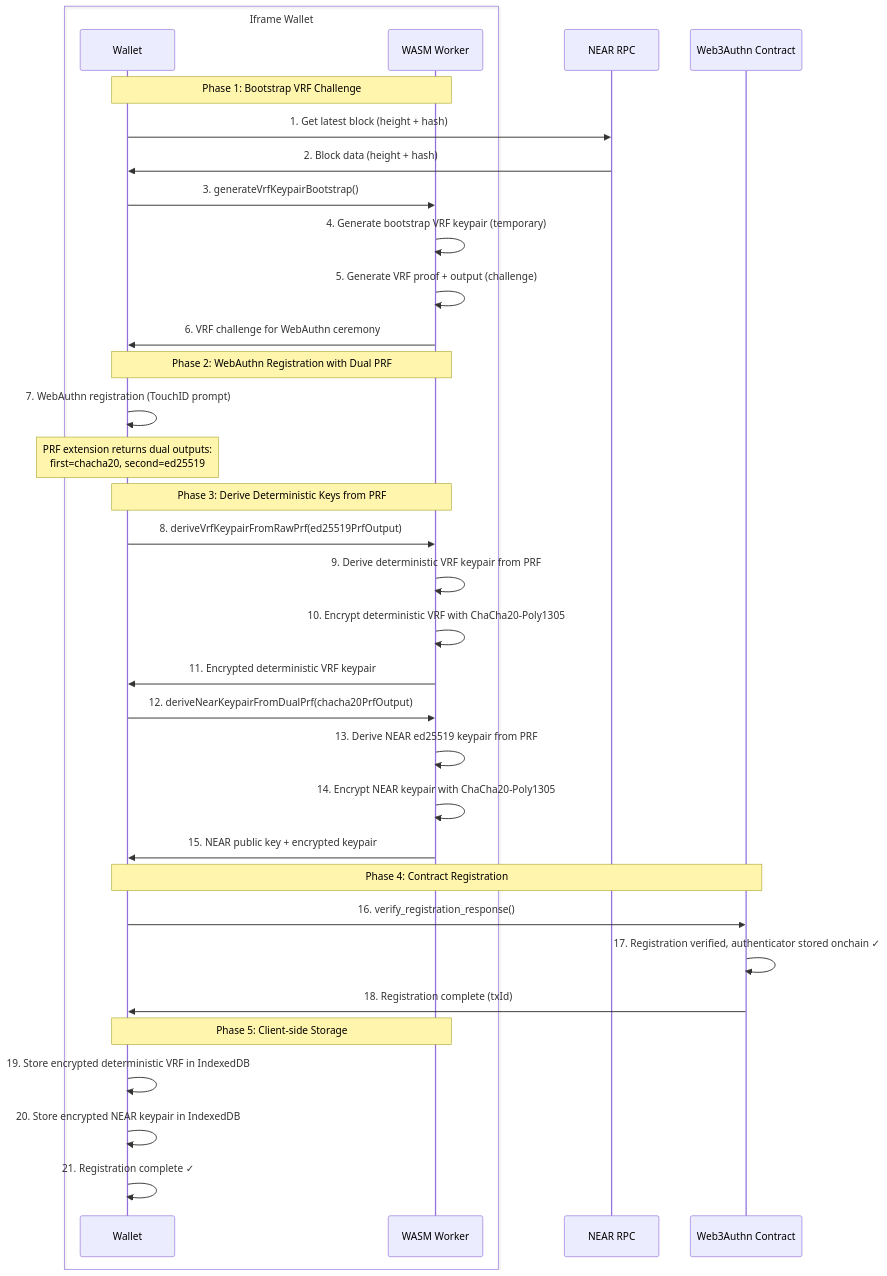
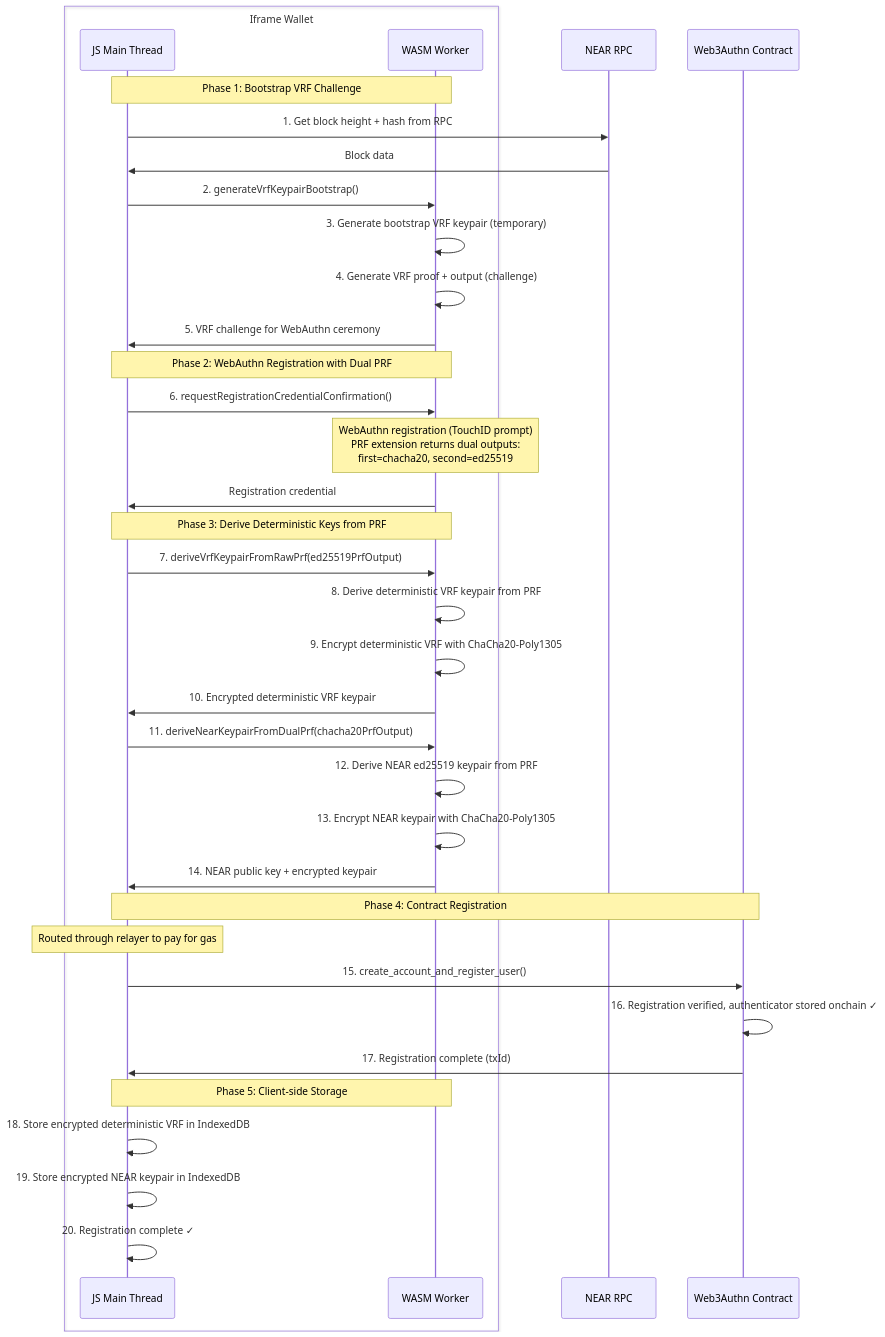
One commit to web3-authn/tatchi changed the diagram in examples/tatchi-docs/src/public/diagrams/contract-registration-flow.mmd. Above: the diagram before and after it, drawn with Mermaid. The commit also changed 26 other files, not shown here.

```diff
--- a/examples/tatchi-docs/src/public/diagrams/contract-registration-flow.mmd
+++ b/examples/tatchi-docs/src/public/diagrams/contract-registration-flow.mmd
@@ -1,40 +1,42 @@
 sequenceDiagram
     box Iframe Wallet
-    participant Wallet as Wallet
+    participant JSMain as JS Main Thread
     participant Worker as WASM Worker
     end
     participant NEAR as NEAR RPC
     participant Contract as Web3Authn Contract
 
-    Note over Wallet,Worker: Phase 1: Bootstrap VRF Challenge
-    Wallet->>NEAR: 1. Get latest block (height + hash)
-    NEAR->>Wallet: 2. Block data (height + hash)
-    Wallet->>Worker: 3. generateVrfKeypairBootstrap()
-    Worker->>Worker: 4. Generate bootstrap VRF keypair (temporary)
-    Worker->>Worker: 5. Generate VRF proof + output (challenge)
-    Worker->>Wallet: 6. VRF challenge for WebAuthn ceremony
+    Note over JSMain,Worker: Phase 1: Bootstrap VRF Challenge
+    JSMain->>NEAR: 1. Get block height + hash from RPC
+    NEAR->>JSMain: Block data
+    JSMain->>Worker: 2. generateVrfKeypairBootstrap()
+    Worker->>Worker: 3. Generate bootstrap VRF keypair (temporary)
+    Worker->>Worker: 4. Generate VRF proof + output (challenge)
+    Worker->>JSMain: 5. VRF challenge for WebAuthn ceremony
 
-    Note over Wallet,Worker: Phase 2: WebAuthn Registration with Dual PRF
-    Wallet->>Wallet: 7. WebAuthn registration (TouchID prompt)
-    Note over Wallet: PRF extension returns dual outputs:<br/>first=chacha20, second=ed25519
+    Note over JSMain,Worker: Phase 2: WebAuthn Registration with Dual PRF
+    JSMain->>Worker: 6. requestRegistrationCredentialConfirmation()
+    Note over Worker: WebAuthn registration (TouchID prompt)<br/>PRF extension returns dual outputs:<br/>first=chacha20, second=ed25519
+    Worker->>JSMain: Registration credential
 
-    Note over Wallet,Worker: Phase 3: Derive Deterministic Keys from PRF
-    Wallet->>Worker: 8. deriveVrfKeypairFromRawPrf(ed25519PrfOutput)
-    Worker->>Worker: 9. Derive deterministic VRF keypair from PRF
-    Worker->>Worker: 10. Encrypt deterministic VRF with ChaCha20-Poly1305
-    Worker->>Wallet: 11. Encrypted deterministic VRF keypair
+    Note over JSMain,Worker: Phase 3: Derive Deterministic Keys from PRF
+    JSMain->>Worker: 7. deriveVrfKeypairFromRawPrf(ed25519PrfOutput)
+    Worker->>Worker: 8. Derive deterministic VRF keypair from PRF
+    Worker->>Worker: 9. Encrypt deterministic VRF with ChaCha20-Poly1305
+    Worker->>JSMain: 10. Encrypted deterministic VRF keypair
 
-    Wallet->>Worker: 12. deriveNearKeypairFromDualPrf(chacha20PrfOutput)
-    Worker->>Worker: 13. Derive NEAR ed25519 keypair from PRF
-    Worker->>Worker: 14. Encrypt NEAR keypair with ChaCha20-Poly1305
-    Worker->>Wallet: 15. NEAR public key + encrypted keypair
+    JSMain->>Worker: 11. deriveNearKeypairFromDualPrf(chacha20PrfOutput)
+    Worker->>Worker: 12. Derive NEAR ed25519 keypair from PRF
+    Worker->>Worker: 13. Encrypt NEAR keypair with ChaCha20-Poly1305
+    Worker->>JSMain: 14. NEAR public key + encrypted keypair
 
-    Note over Wallet,Contract: Phase 4: Contract Registration
-    Wallet->>Contract: 16. verify_registration_response()
-    Contract->>Contract: 17. Registration verified, authenticator stored onchain ✓
-    Contract->>Wallet: 18. Registration complete (txId)
+    Note over JSMain,Contract: Phase 4: Contract Registration
+    Note over JSMain: Routed through relayer to pay for gas
+    JSMain->>Contract: 15. create_account_and_register_user()
+    Contract->>Contract: 16. Registration verified, authenticator stored onchain ✓
+    Contract->>JSMain: 17. Registration complete (txId)
 
-    Note over Wallet,Worker: Phase 5: Client-side Storage
-    Wallet->>Wallet: 19. Store encrypted deterministic VRF in IndexedDB
-    Wallet->>Wallet: 20. Store encrypted NEAR keypair in IndexedDB
-    Wallet->>Wallet: 21. Registration complete ✓
+    Note over JSMain,Worker: Phase 5: Client-side Storage
+    JSMain->>JSMain: 18. Store encrypted deterministic VRF in IndexedDB
+    JSMain->>JSMain: 19. Store encrypted NEAR keypair in IndexedDB
+    JSMain->>JSMain: 20. Registration complete ✓
```
